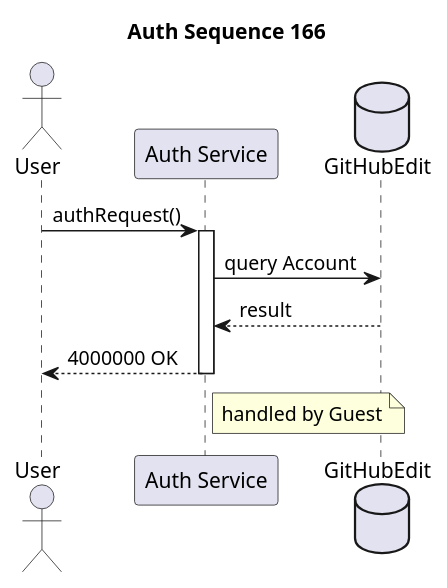
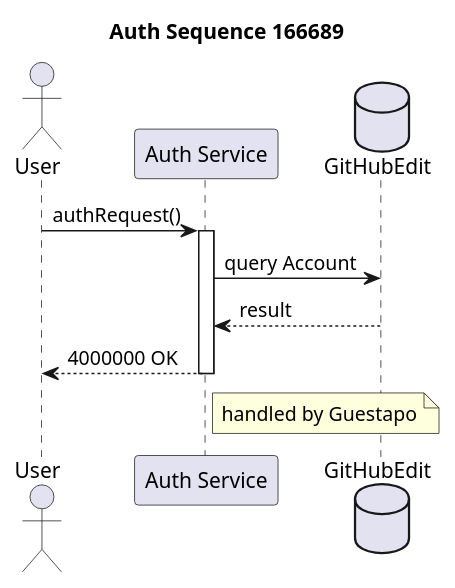
The diagram in 001_sequence_auth.md (TTihomir/PlantUML-diagrams), drawn with PlantUML before and after one commit.

Commit message:
Update title and note in Auth sequence diagram

````diff
--- a/001_sequence_auth.md
+++ b/001_sequence_auth.md
@@ -3,15 +3,15 @@
 ```plantuml
 @startuml
-title Auth Sequence 166
+title Auth Sequence 166689
 actor User as A
 participant "Auth Service" as S
 database "GitHubEdit" as DB
 A -> S : authRequest()
 activate S
 S -> DB : query Account
 DB --> S : result
 S --> A : 4000000 OK
 deactivate S
-note right of S : handled by Guest
+note right of S : handled by Guestapo
 @enduml
 ```
````
